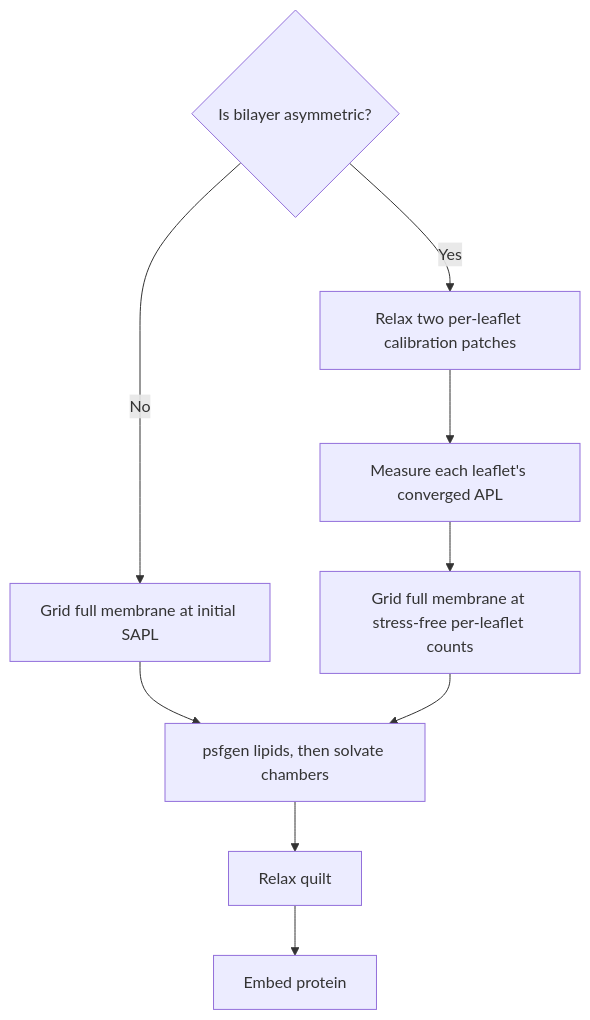
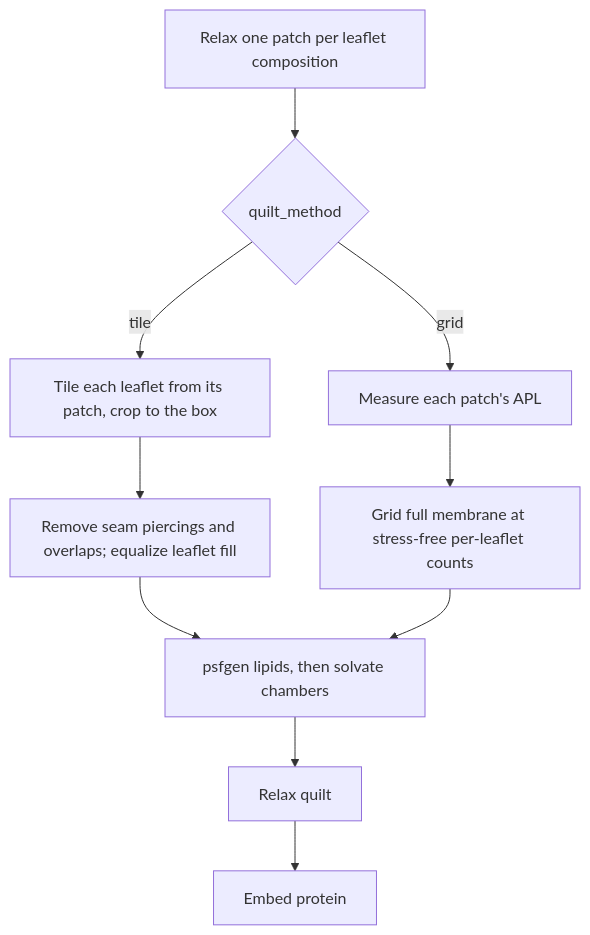
The diagram in docs/source/subs/buildtasks/make_membrane_system.rst (cameronabrams/pestifer), drawn with Mermaid before and after one commit. The commit also changed other lines of this file and 11 other files, not shown here.

First line of the commit message:
feat(make_membrane_system): tile the membrane from relaxed patches

```diff
--- a/docs/source/subs/buildtasks/make_membrane_system.rst
+++ b/docs/source/subs/buildtasks/make_membrane_system.rst
@@ -294,13 +323,14 @@
 .. mermaid::
   :caption: Membrane build flow.
 
   graph TD;
-    A{Is bilayer asymmetric?};
-    A -- No --> B[Grid full membrane at initial SAPL];
-    A -- Yes --> C[Relax two per-leaflet calibration patches];
-    C --> D[Measure each leaflet's converged APL];
+    P[Relax one patch per leaflet composition];
+    P --> M{quilt_method};
+    M -- tile --> T[Tile each leaflet from its patch, crop to the box];
+    T --> R[Remove seam piercings and overlaps; equalize leaflet fill];
+    M -- grid --> D[Measure each patch's APL];
     D --> E[Grid full membrane at stress-free per-leaflet counts];
-    B --> S[psfgen lipids, then solvate chambers];
+    R --> S[psfgen lipids, then solvate chambers];
     E --> S;
     S --> F[Relax quilt];
     F --> G[Embed protein];
```
